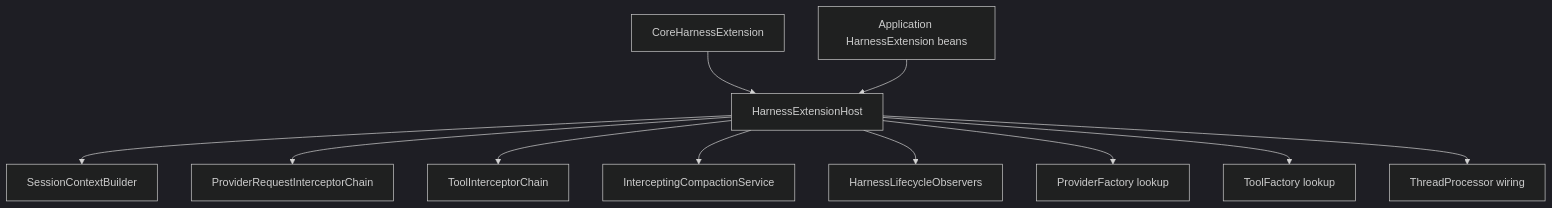
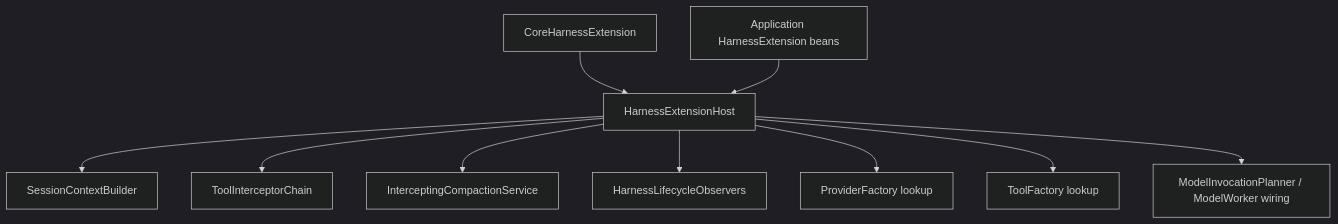
Before and after one commit to fengwk/kk-studio: the diagram in docs/technical-solution/harness-extensions.md, drawn with Mermaid (dark theme). The commit also changed other lines of this file and 130 other files, not shown here.

````diff
--- a/docs/technical-solution/harness-extensions.md
+++ b/docs/technical-solution/harness-extensions.md
@@ -135,13 +133,12 @@
 ```mermaid
 flowchart TD
     A[CoreHarnessExtension] --> H[HarnessExtensionHost]
     B[Application HarnessExtension beans] --> H
     H --> C[SessionContextBuilder]
-    H --> D[ProviderRequestInterceptorChain]
     H --> E[ToolInterceptorChain]
     H --> F[InterceptingCompactionService]
     H --> G[HarnessLifecycleObservers]
     H --> P[ProviderFactory lookup]
     H --> T[ToolFactory lookup]
-    H --> TP[ThreadProcessor wiring]
+    H --> M[ModelInvocationPlanner / ModelWorker wiring]
 ```
````
